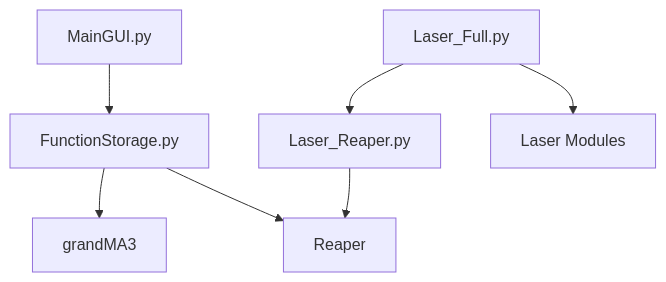
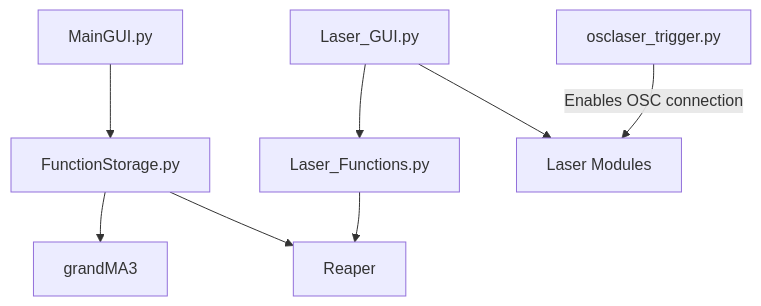
One commit to uselesskcid/EGL314-Project-S.O.N.I.C-Team-C- changed the diagram in Final_Presentation/OSC/OSC.md. Above: the diagram before and after it, drawn with Mermaid. The commit also changed other lines of this file and 8 other files, not shown here.

````diff
--- a/Final_Presentation/OSC/OSC.md
+++ b/Final_Presentation/OSC/OSC.md
@@ -69,10 +73,11 @@
 ```mermaid
 graph
 
 FS[FunctionStorage.py] --> G[grandMA3]
 FS --> R[Reaper]
 MG[MainGUI.py] --> FS
-L[Laser_Full.py] --> LR[Laser_Reaper.py]
+L[Laser_GUI.py] --> LR[Laser_Functions.py]
 L --> LM[Laser Modules]
 LR --> R
+LO[osclaser_trigger.py] -- Enables OSC connection --> LM
 ```
````
